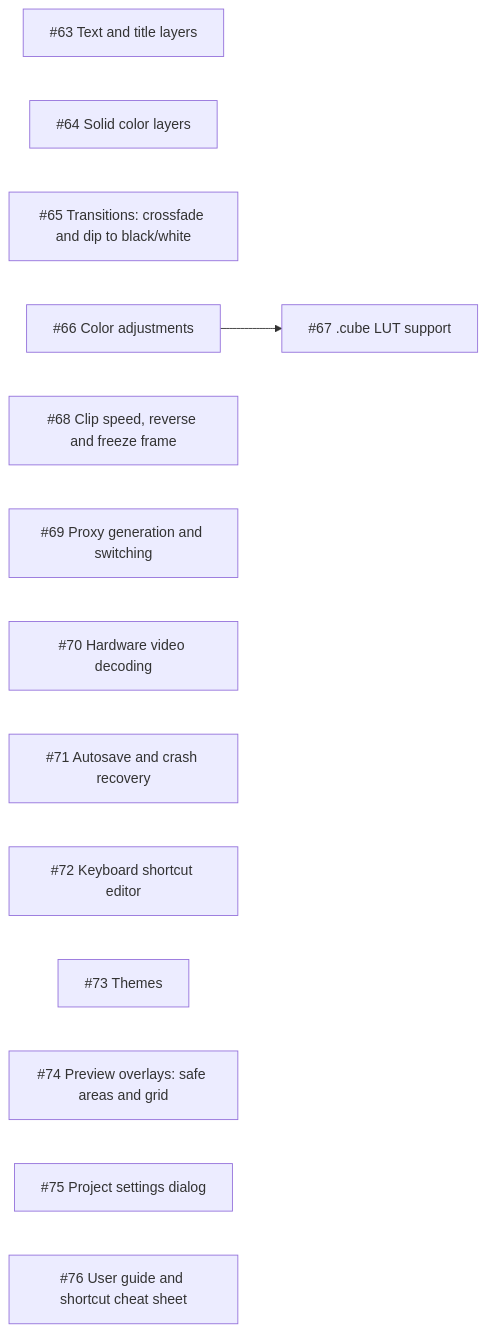
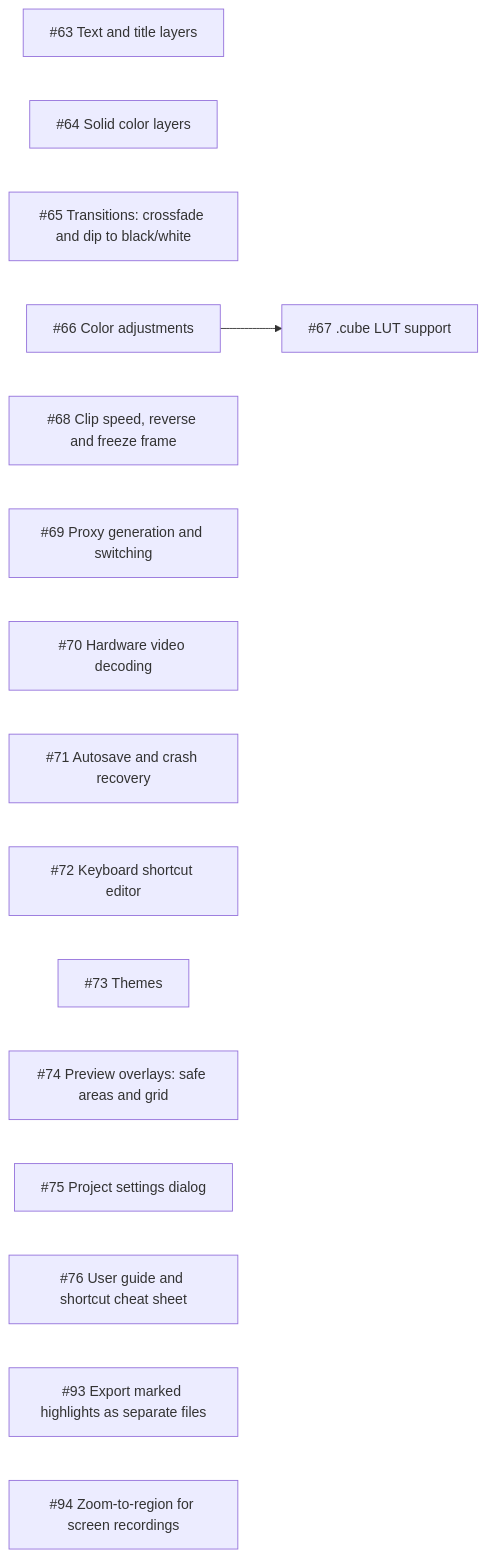
The sixth of 7 diagrams in docs/ROADMAP.md (jarradbanks/jvid), drawn with Mermaid before and after one commit. The commit also changed other lines of this file and 5 other files, not shown here.

First line of the commit message:
Plan features for gaming highlights and screen recordings

````diff
--- a/docs/ROADMAP.md
+++ b/docs/ROADMAP.md
@@ -302,18 +319,20 @@
 ```mermaid
 flowchart LR
   text["#35;63 Text and title layers"]
   solids["#35;64 Solid color layers"]
   transitions["#35;65 Transitions: crossfade and dip to black/white"]
   color["#35;66 Color adjustments"]
   lut["#35;67 .cube LUT support"]
   speed["#35;68 Clip speed, reverse and freeze frame"]
   proxies["#35;69 Proxy generation and switching"]
   hw_decode["#35;70 Hardware video decoding"]
   autosave["#35;71 Autosave and crash recovery"]
   keymap_editor["#35;72 Keyboard shortcut editor"]
   themes["#35;73 Themes"]
   overlays["#35;74 Preview overlays: safe areas and grid"]
   project_settings["#35;75 Project settings dialog"]
   user_docs["#35;76 User guide and shortcut cheat sheet"]
+  batch_highlights["#35;93 Export marked highlights as separate files"]
+  zoom_region["#35;94 Zoom-to-region for screen recordings"]
   color --> lut
 ```
````
